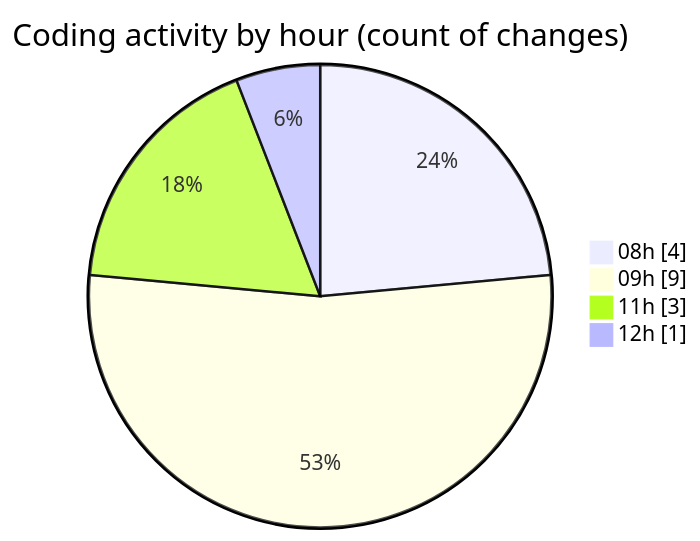
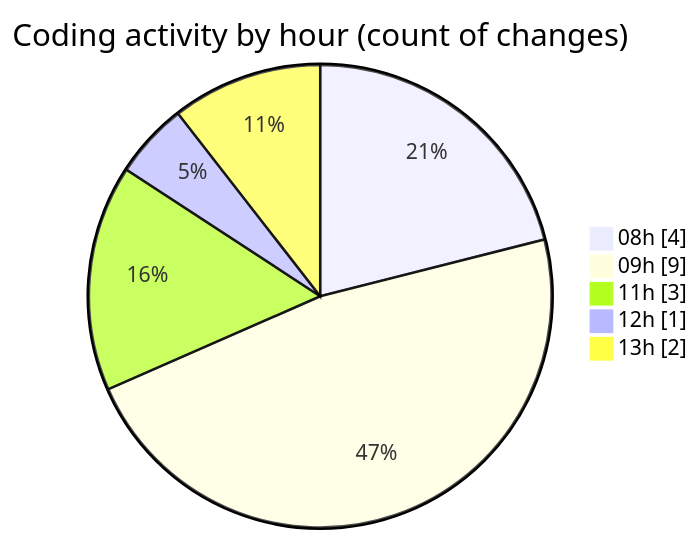
The second of 2 diagrams in 2025-05-07/samplepdf/README.md (momahboobian/code-tracking), drawn with Mermaid before and after one commit. The commit also changed other lines of this file and 1 other file, not shown here.

````diff
--- a/2025-05-07/samplepdf/README.md
+++ b/2025-05-07/samplepdf/README.md
@@ -33,8 +34,9 @@
 ```mermaid
 pie showData
 title Coding activity by hour (count of changes)
 "08h" : 4
 "09h" : 9
 "11h" : 3
 "12h" : 1
+"13h" : 2
 ```
````
